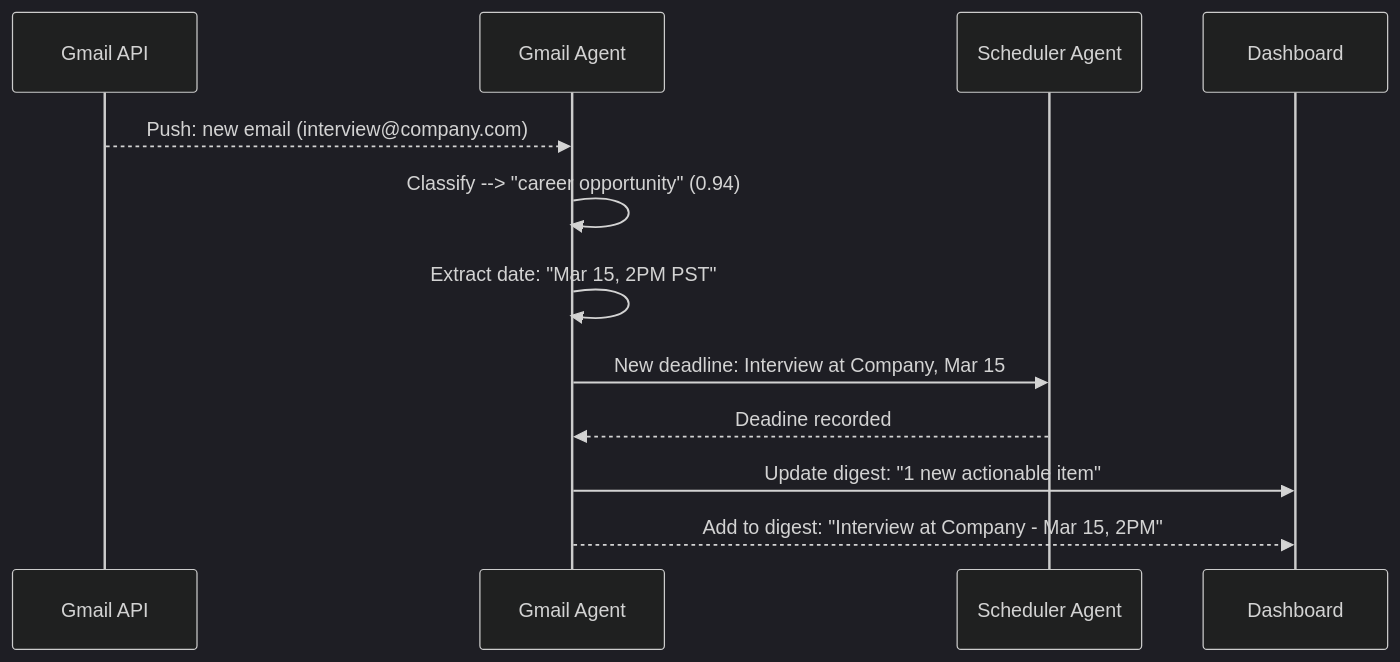
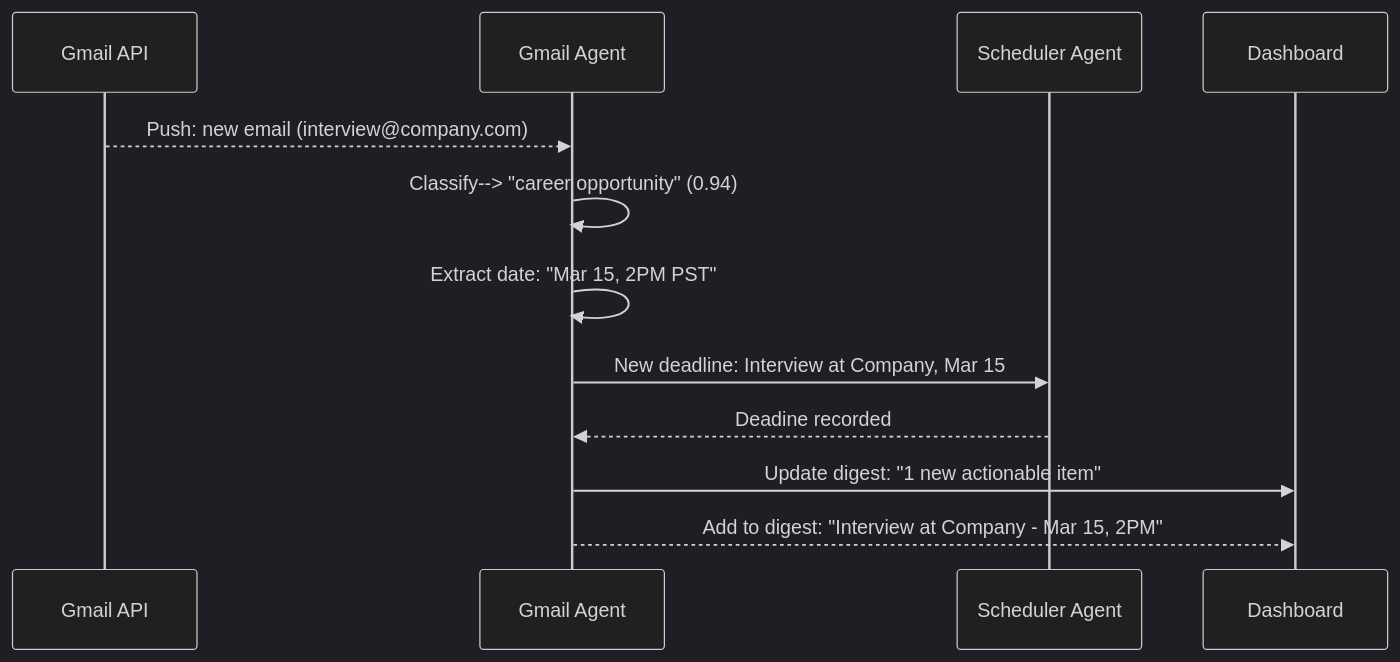
The second of 2 diagrams in docs/product/Feature-Specs/Gmail-Digest.md (Driftloom/Vaeloom), drawn with Mermaid (dark theme) before and after one commit. The commit also changed other lines of this file and 694 other files, not shown here.

First line of the commit message:
docs: mermaid standardization — encoding/mermaid/duplicate cleanup

````diff
--- a/docs/product/Feature-Specs/Gmail-Digest.md
+++ b/docs/product/Feature-Specs/Gmail-Digest.md
@@ -237,15 +237,15 @@
 ```mermaid
 sequenceDiagram
-    participant G as Gmail API
-    participant GA as Gmail Agent
-    participant SA as Scheduler Agent
-    participant D as Dashboard
+ participant G as Gmail API
+ participant GA as Gmail Agent
+ participant SA as Scheduler Agent
+ participant D as Dashboard
 
-    G-->>GA: Push: new email (interview@company.com)
-    GA->>GA: Classify --> "career opportunity" (0.94)
-    GA->>GA: Extract date: "Mar 15, 2PM PST"
-    GA->>SA: New deadline: Interview at Company, Mar 15
-    SA-->>GA: Deadine recorded
-    GA->>D: Update digest: "1 new actionable item"
-    GA-->>D: Add to digest: "Interview at Company - Mar 15, 2PM"
+ G-->>GA: Push: new email (interview@company.com)
+ GA->>GA: Classify--> "career opportunity" (0.94)
+ GA->>GA: Extract date: "Mar 15, 2PM PST"
+ GA->>SA: New deadline: Interview at Company, Mar 15
+ SA-->>GA: Deadine recorded
+ GA->>D: Update digest: "1 new actionable item"
+ GA-->>D: Add to digest: "Interview at Company - Mar 15, 2PM"
 ```
````
